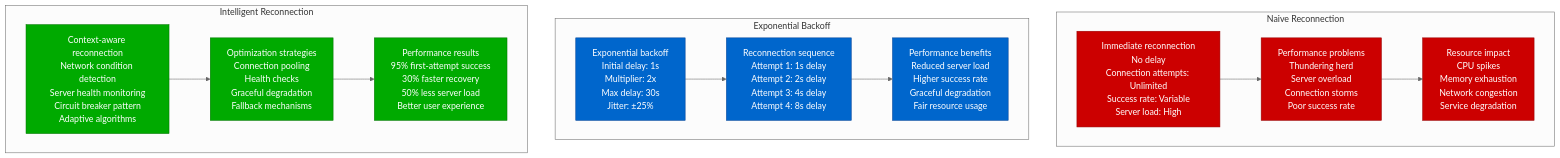
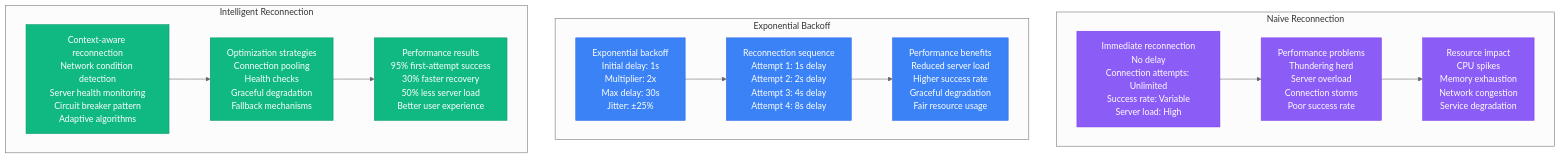
The fifth of 11 diagrams in site/docs/performance/websocket-performance-profile.md (deepaucksharma/DS), drawn with Mermaid (neutral theme) before and after one commit. The commit also changed other lines of this file and 303 other files, not shown here.

````diff
--- a/site/docs/performance/websocket-performance-profile.md
+++ b/site/docs/performance/websocket-performance-profile.md
@@ -187,40 +187,40 @@
 ```mermaid
 graph TB
     subgraph "Naive Reconnection"
         NAIVE1[Immediate reconnection<br/>No delay<br/>Connection attempts: Unlimited<br/>Success rate: Variable<br/>Server load: High]
 
         NAIVE2[Performance problems<br/>Thundering herd<br/>Server overload<br/>Connection storms<br/>Poor success rate]
 
         NAIVE3[Resource impact<br/>CPU spikes<br/>Memory exhaustion<br/>Network congestion<br/>Service degradation]
 
         NAIVE1 --> NAIVE2 --> NAIVE3
     end
 
     subgraph "Exponential Backoff"
         BACKOFF1[Exponential backoff<br/>Initial delay: 1s<br/>Multiplier: 2x<br/>Max delay: 30s<br/>Jitter: ±25%]
 
         BACKOFF2[Reconnection sequence<br/>Attempt 1: 1s delay<br/>Attempt 2: 2s delay<br/>Attempt 3: 4s delay<br/>Attempt 4: 8s delay]
 
         BACKOFF3[Performance benefits<br/>Reduced server load<br/>Higher success rate<br/>Graceful degradation<br/>Fair resource usage]
 
         BACKOFF1 --> BACKOFF2 --> BACKOFF3
     end
 
     subgraph "Intelligent Reconnection"
         INTEL1[Context-aware reconnection<br/>Network condition detection<br/>Server health monitoring<br/>Circuit breaker pattern<br/>Adaptive algorithms]
 
         INTEL2[Optimization strategies<br/>Connection pooling<br/>Health checks<br/>Graceful degradation<br/>Fallback mechanisms]
 
         INTEL3[Performance results<br/>95% first-attempt success<br/>30% faster recovery<br/>50% less server load<br/>Better user experience]
 
         INTEL1 --> INTEL2 --> INTEL3
     end
 
-    classDef naiveStyle fill:#CC0000,stroke:#990000,color:#fff
-    classDef backoffStyle fill:#0066CC,stroke:#004499,color:#fff
-    classDef intelStyle fill:#00AA00,stroke:#007700,color:#fff
+    classDef naiveStyle fill:#8B5CF6,stroke:#7C3AED,color:#fff
+    classDef backoffStyle fill:#3B82F6,stroke:#2563EB,color:#fff
+    classDef intelStyle fill:#10B981,stroke:#059669,color:#fff
 
     class NAIVE1,NAIVE2,NAIVE3 naiveStyle
     class BACKOFF1,BACKOFF2,BACKOFF3 backoffStyle
     class INTEL1,INTEL2,INTEL3 intelStyle
 ```
````
